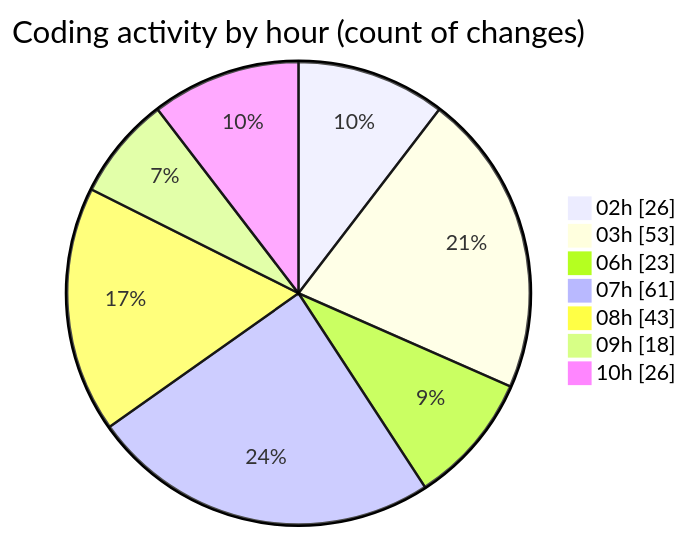
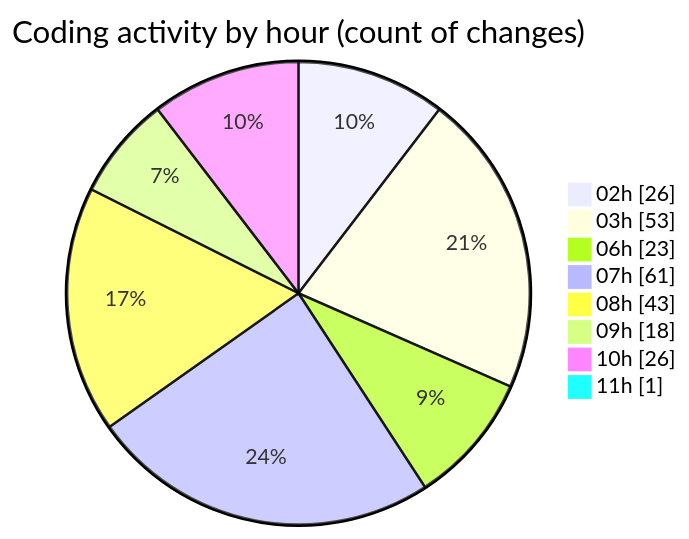
Before and after one commit to charlie-sans/code-tracking: the second of 2 diagrams in 2025-02-22/micros/README.md, drawn with Mermaid. The commit also changed other lines of this file and 1 other file, not shown here.

````diff
--- a/2025-02-22/micros/README.md
+++ b/2025-02-22/micros/README.md
@@ -78,11 +78,12 @@
 ```mermaid
 pie showData
 title Coding activity by hour (count of changes)
 "02h" : 26
 "03h" : 53
 "06h" : 23
 "07h" : 61
 "08h" : 43
 "09h" : 18
 "10h" : 26
+"11h" : 1
 ```
````
